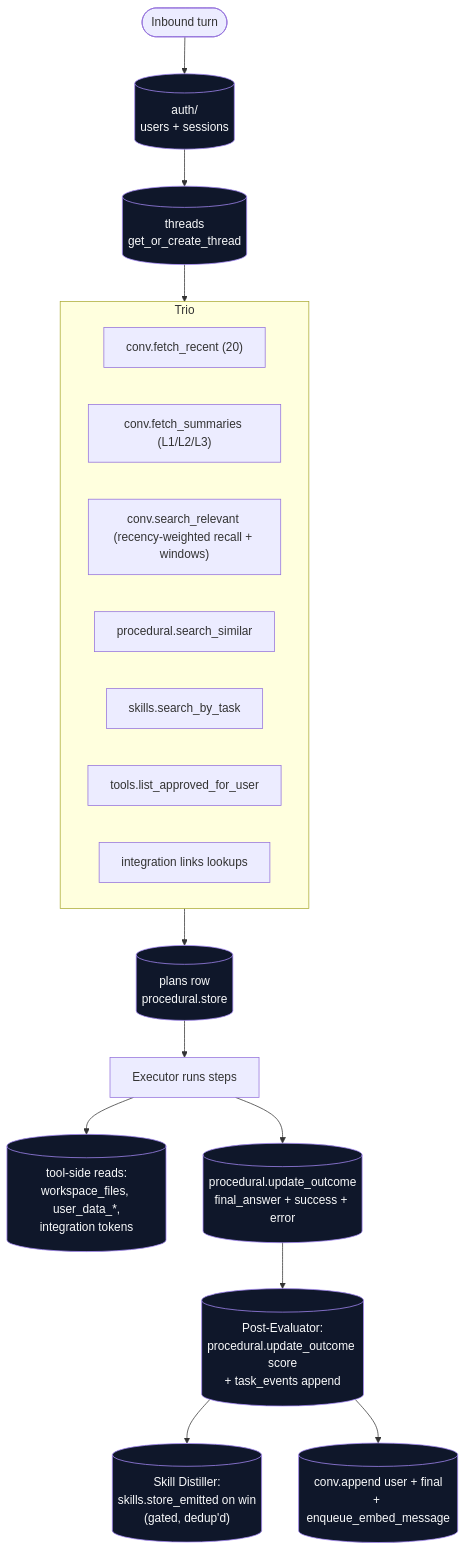
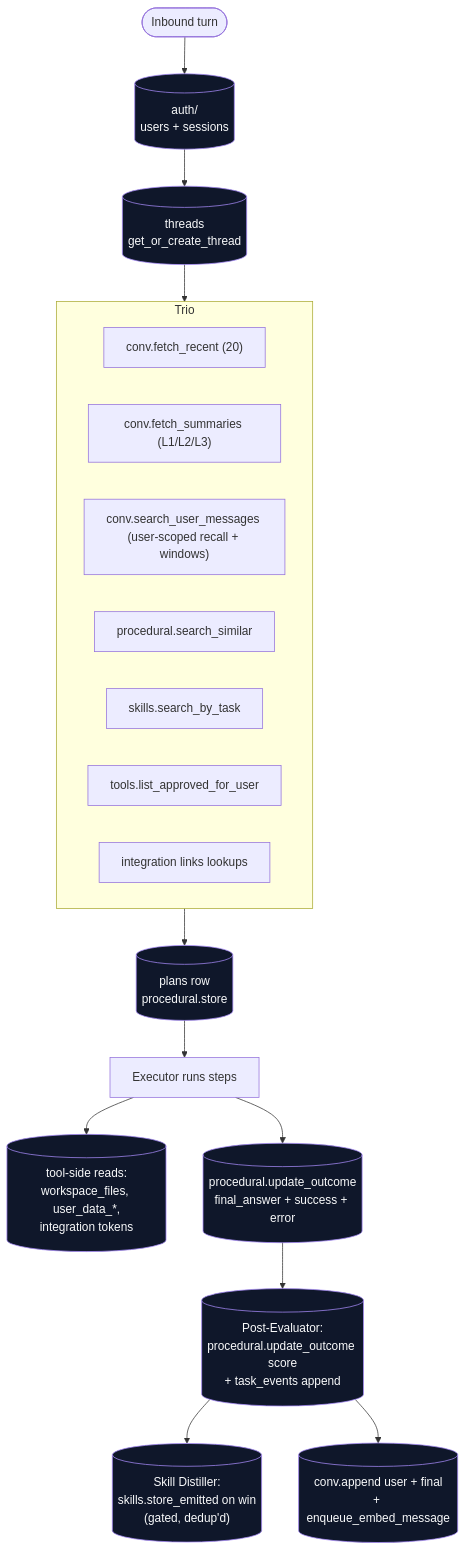
The diagram in src/wolfpaw/memory/README.md (wolfpaw-ai/WolfPaw), drawn with Mermaid before and after one commit. The commit also changed other lines of this file and 9 other files, not shown here.

````diff
--- a/src/wolfpaw/memory/README.md
+++ b/src/wolfpaw/memory/README.md
@@ -19,28 +19,28 @@
 ```mermaid
 flowchart TD
     Turn([Inbound turn])
     Turn --> Auth[("auth/<br/>users + sessions")]
     Auth --> Thread[("threads<br/>get_or_create_thread")]
     Thread --> Trio[Three reads in one acquire from PlannerAgent]
 
     subgraph Trio
         T1["conv.fetch_recent (20)"]
         T2["conv.fetch_summaries (L1/L2/L3)"]
-        T3["conv.search_relevant (recency-weighted recall + windows)"]
+        T3["conv.search_user_messages (user-scoped recall + windows)"]
         T4["procedural.search_similar"]
         T5["skills.search_by_task"]
         T6["tools.list_approved_for_user"]
         T7["integration links lookups"]
     end
 
     Trio --> PlanRow[("plans row<br/>procedural.store")]
     PlanRow --> Exec[Executor runs steps]
     Exec --> ToolReads[("tool-side reads:<br/>workspace_files, user_data_*,<br/>integration tokens")]
     Exec --> Update[("procedural.update_outcome<br/>final_answer + success + error")]
     Update --> Score[("Post-Evaluator:<br/>procedural.update_outcome score<br/>+ task_events append")]
     Score --> Maybe[("Skill Distiller:<br/>skills.store_emitted on win<br/>(gated, dedup'd)")]
     Score --> Persist[("conv.append user + final<br/>+ enqueue_embed_message")]
 
     classDef pg fill:#0f172a,stroke:#a78bfa,color:#f9fafb;
     class Auth,Thread,PlanRow,ToolReads,Update,Score,Maybe,Persist pg;
 ```
````
